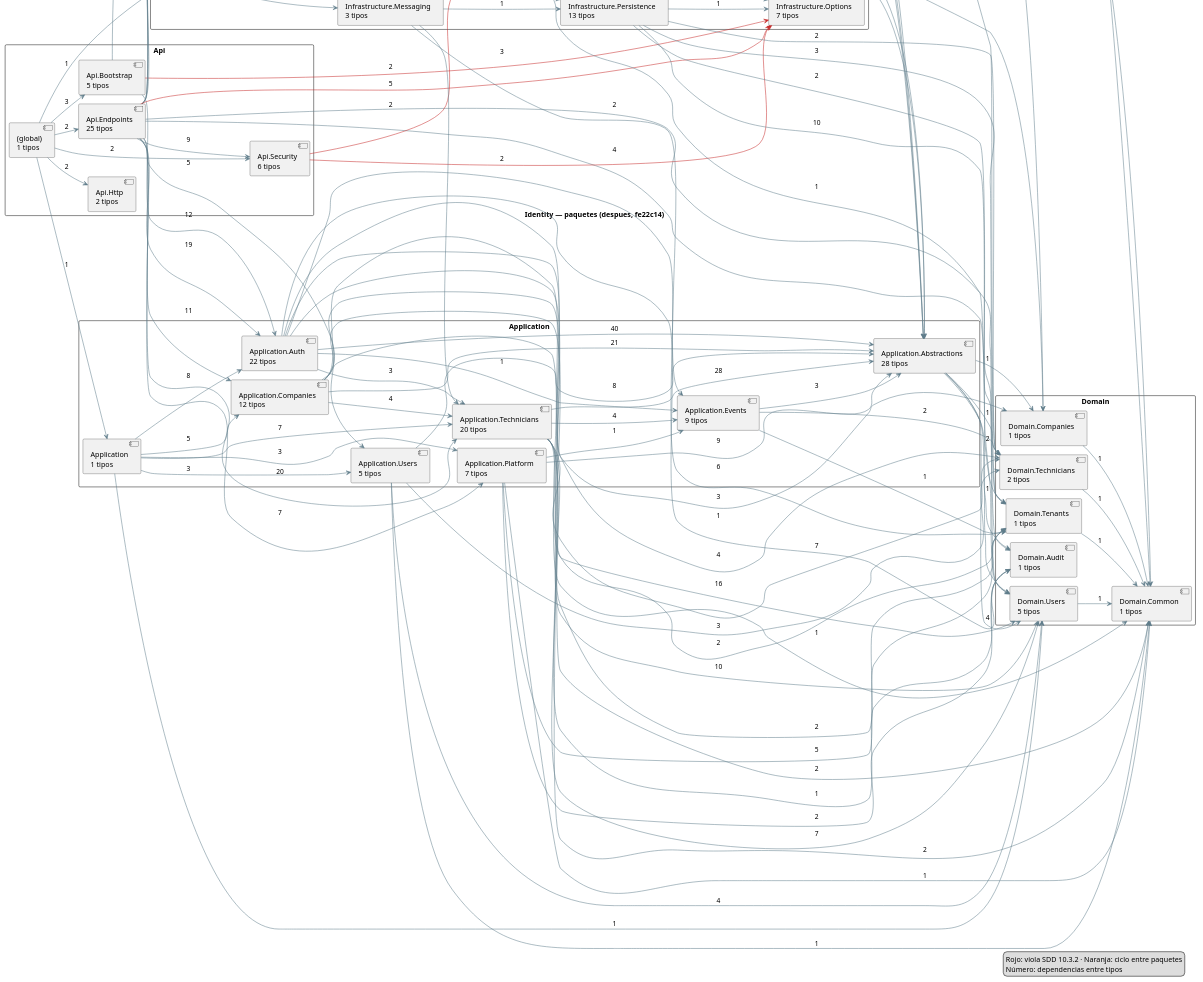
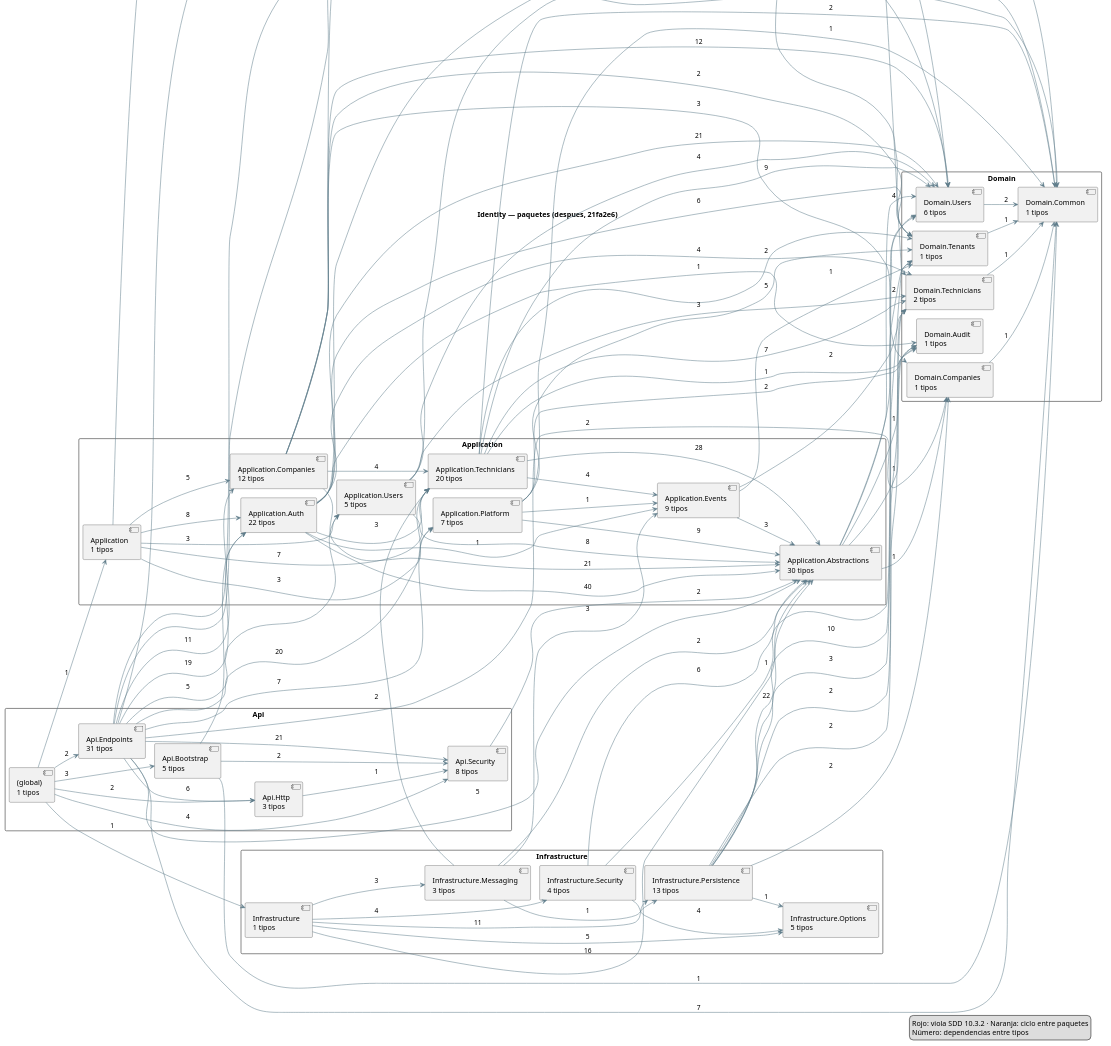
The diagram in docs/architecture/codigo/despues/identity/paquetes.puml (ARQUI-202630/quickpatch), drawn with PlantUML before and after one commit. The commit also changed 24 other files, not shown here.

```diff
--- a/docs/architecture/codigo/despues/identity/paquetes.puml
+++ b/docs/architecture/codigo/despues/identity/paquetes.puml
@@ -1,134 +1,134 @@
 @startuml
 !pragma layout smetana
-title Identity — paquetes (despues, fe22c14)
+title Identity — paquetes (despues, 21fa2e6)
 skinparam packageStyle rectangle
 skinparam shadowing false
 left to right direction
 package "Api" {
   component "(global)\n1 tipos" as _global_
   component "Api.Bootstrap\n5 tipos" as QuickPatch_Identity_Api_Bootstrap
-  component "Api.Endpoints\n25 tipos" as QuickPatch_Identity_Api_Endpoints
-  component "Api.Http\n2 tipos" as QuickPatch_Identity_Api_Http
-  component "Api.Security\n6 tipos" as QuickPatch_Identity_Api_Security
+  component "Api.Endpoints\n31 tipos" as QuickPatch_Identity_Api_Endpoints
+  component "Api.Http\n3 tipos" as QuickPatch_Identity_Api_Http
+  component "Api.Security\n8 tipos" as QuickPatch_Identity_Api_Security
 }
 package "Application" {
   component "Application\n1 tipos" as QuickPatch_Identity_Application
-  component "Application.Abstractions\n28 tipos" as QuickPatch_Identity_Application_Abstractions
+  component "Application.Abstractions\n30 tipos" as QuickPatch_Identity_Application_Abstractions
   component "Application.Auth\n22 tipos" as QuickPatch_Identity_Application_Auth
   component "Application.Companies\n12 tipos" as QuickPatch_Identity_Application_Companies
   component "Application.Events\n9 tipos" as QuickPatch_Identity_Application_Events
   component "Application.Platform\n7 tipos" as QuickPatch_Identity_Application_Platform
   component "Application.Technicians\n20 tipos" as QuickPatch_Identity_Application_Technicians
   component "Application.Users\n5 tipos" as QuickPatch_Identity_Application_Users
 }
 package "Domain" {
   component "Domain.Audit\n1 tipos" as QuickPatch_Identity_Domain_Audit
   component "Domain.Common\n1 tipos" as QuickPatch_Identity_Domain_Common
   component "Domain.Companies\n1 tipos" as QuickPatch_Identity_Domain_Companies
   component "Domain.Technicians\n2 tipos" as QuickPatch_Identity_Domain_Technicians
   component "Domain.Tenants\n1 tipos" as QuickPatch_Identity_Domain_Tenants
-  component "Domain.Users\n5 tipos" as QuickPatch_Identity_Domain_Users
+  component "Domain.Users\n6 tipos" as QuickPatch_Identity_Domain_Users
 }
 package "Infrastructure" {
   component "Infrastructure\n1 tipos" as QuickPatch_Identity_Infrastructure
   component "Infrastructure.Messaging\n3 tipos" as QuickPatch_Identity_Infrastructure_Messaging
-  component "Infrastructure.Options\n7 tipos" as QuickPatch_Identity_Infrastructure_Options
+  component "Infrastructure.Options\n5 tipos" as QuickPatch_Identity_Infrastructure_Options
   component "Infrastructure.Persistence\n13 tipos" as QuickPatch_Identity_Infrastructure_Persistence
   component "Infrastructure.Security\n4 tipos" as QuickPatch_Identity_Infrastructure_Security
 }
 _global_ --> QuickPatch_Identity_Api_Bootstrap #607D8B : 3
 _global_ --> QuickPatch_Identity_Api_Endpoints #607D8B : 2
 _global_ --> QuickPatch_Identity_Api_Http #607D8B : 2
-_global_ --> QuickPatch_Identity_Api_Security #607D8B : 2
+_global_ --> QuickPatch_Identity_Api_Security #607D8B : 4
 _global_ --> QuickPatch_Identity_Application #607D8B : 1
 _global_ --> QuickPatch_Identity_Infrastructure #607D8B : 1
+QuickPatch_Identity_Api_Bootstrap --> QuickPatch_Identity_Api_Security #607D8B : 2
 QuickPatch_Identity_Api_Bootstrap --> QuickPatch_Identity_Application_Auth #607D8B : 12
 QuickPatch_Identity_Api_Bootstrap --> QuickPatch_Identity_Domain_Common #607D8B : 1
-QuickPatch_Identity_Api_Bootstrap --> QuickPatch_Identity_Infrastructure_Options #C62828 : 2
-QuickPatch_Identity_Api_Endpoints --> QuickPatch_Identity_Api_Security #607D8B : 9
+QuickPatch_Identity_Api_Endpoints --> QuickPatch_Identity_Api_Http #607D8B : 6
+QuickPatch_Identity_Api_Endpoints --> QuickPatch_Identity_Api_Security #607D8B : 21
 QuickPatch_Identity_Api_Endpoints --> QuickPatch_Identity_Application_Abstractions #607D8B : 5
 QuickPatch_Identity_Api_Endpoints --> QuickPatch_Identity_Application_Auth #607D8B : 19
 QuickPatch_Identity_Api_Endpoints --> QuickPatch_Identity_Application_Companies #607D8B : 11
 QuickPatch_Identity_Api_Endpoints --> QuickPatch_Identity_Application_Platform #607D8B : 7
 QuickPatch_Identity_Api_Endpoints --> QuickPatch_Identity_Application_Technicians #607D8B : 20
 QuickPatch_Identity_Api_Endpoints --> QuickPatch_Identity_Application_Users #607D8B : 5
-QuickPatch_Identity_Api_Endpoints --> QuickPatch_Identity_Domain_Common #607D8B : 2
+QuickPatch_Identity_Api_Endpoints --> QuickPatch_Identity_Domain_Common #607D8B : 7
 QuickPatch_Identity_Api_Endpoints --> QuickPatch_Identity_Domain_Companies #607D8B : 2
 QuickPatch_Identity_Api_Endpoints --> QuickPatch_Identity_Domain_Technicians #607D8B : 3
 QuickPatch_Identity_Api_Endpoints --> QuickPatch_Identity_Domain_Tenants #607D8B : 2
 QuickPatch_Identity_Api_Endpoints --> QuickPatch_Identity_Domain_Users #607D8B : 4
-QuickPatch_Identity_Api_Endpoints --> QuickPatch_Identity_Infrastructure_Options #C62828 : 5
-QuickPatch_Identity_Api_Security --> QuickPatch_Identity_Infrastructure_Options #C62828 : 2
-QuickPatch_Identity_Api_Security --> QuickPatch_Identity_Infrastructure_Security #C62828 : 2
+QuickPatch_Identity_Api_Http --> QuickPatch_Identity_Api_Security #607D8B : 1
+QuickPatch_Identity_Api_Security --> QuickPatch_Identity_Application_Abstractions #607D8B : 2
 QuickPatch_Identity_Application --> QuickPatch_Identity_Application_Auth #607D8B : 8
 QuickPatch_Identity_Application --> QuickPatch_Identity_Application_Companies #607D8B : 5
 QuickPatch_Identity_Application --> QuickPatch_Identity_Application_Platform #607D8B : 3
 QuickPatch_Identity_Application --> QuickPatch_Identity_Application_Technicians #607D8B : 7
 QuickPatch_Identity_Application --> QuickPatch_Identity_Application_Users #607D8B : 3
 QuickPatch_Identity_Application --> QuickPatch_Identity_Domain_Users #607D8B : 1
 QuickPatch_Identity_Application_Abstractions --> QuickPatch_Identity_Domain_Audit #607D8B : 1
 QuickPatch_Identity_Application_Abstractions --> QuickPatch_Identity_Domain_Companies #607D8B : 1
 QuickPatch_Identity_Application_Abstractions --> QuickPatch_Identity_Domain_Technicians #607D8B : 1
 QuickPatch_Identity_Application_Abstractions --> QuickPatch_Identity_Domain_Tenants #607D8B : 2
 QuickPatch_Identity_Application_Abstractions --> QuickPatch_Identity_Domain_Users #607D8B : 4
 QuickPatch_Identity_Application_Auth --> QuickPatch_Identity_Application_Abstractions #607D8B : 40
 QuickPatch_Identity_Application_Auth --> QuickPatch_Identity_Application_Events #607D8B : 1
 QuickPatch_Identity_Application_Auth --> QuickPatch_Identity_Application_Technicians #607D8B : 3
 QuickPatch_Identity_Application_Auth --> QuickPatch_Identity_Domain_Audit #607D8B : 1
 QuickPatch_Identity_Application_Auth --> QuickPatch_Identity_Domain_Common #607D8B : 1
 QuickPatch_Identity_Application_Auth --> QuickPatch_Identity_Domain_Technicians #607D8B : 4
 QuickPatch_Identity_Application_Auth --> QuickPatch_Identity_Domain_Tenants #607D8B : 6
-QuickPatch_Identity_Application_Auth --> QuickPatch_Identity_Domain_Users #607D8B : 16
+QuickPatch_Identity_Application_Auth --> QuickPatch_Identity_Domain_Users #607D8B : 21
 QuickPatch_Identity_Application_Companies --> QuickPatch_Identity_Application_Abstractions #607D8B : 21
 QuickPatch_Identity_Application_Companies --> QuickPatch_Identity_Application_Technicians #607D8B : 4
 QuickPatch_Identity_Application_Companies --> QuickPatch_Identity_Domain_Common #607D8B : 2
 QuickPatch_Identity_Application_Companies --> QuickPatch_Identity_Domain_Companies #607D8B : 3
 QuickPatch_Identity_Application_Companies --> QuickPatch_Identity_Domain_Tenants #607D8B : 2
-QuickPatch_Identity_Application_Companies --> QuickPatch_Identity_Domain_Users #607D8B : 10
+QuickPatch_Identity_Application_Companies --> QuickPatch_Identity_Domain_Users #607D8B : 12
 QuickPatch_Identity_Application_Events --> QuickPatch_Identity_Application_Abstractions #607D8B : 3
 QuickPatch_Identity_Application_Events --> QuickPatch_Identity_Domain_Technicians #607D8B : 2
 QuickPatch_Identity_Application_Events --> QuickPatch_Identity_Domain_Tenants #607D8B : 1
 QuickPatch_Identity_Application_Platform --> QuickPatch_Identity_Application_Abstractions #607D8B : 9
 QuickPatch_Identity_Application_Platform --> QuickPatch_Identity_Application_Events #607D8B : 1
 QuickPatch_Identity_Application_Platform --> QuickPatch_Identity_Domain_Audit #607D8B : 2
 QuickPatch_Identity_Application_Platform --> QuickPatch_Identity_Domain_Common #607D8B : 1
 QuickPatch_Identity_Application_Platform --> QuickPatch_Identity_Domain_Tenants #607D8B : 5
 QuickPatch_Identity_Application_Technicians --> QuickPatch_Identity_Application_Abstractions #607D8B : 28
 QuickPatch_Identity_Application_Technicians --> QuickPatch_Identity_Application_Events #607D8B : 4
 QuickPatch_Identity_Application_Technicians --> QuickPatch_Identity_Domain_Audit #607D8B : 1
 QuickPatch_Identity_Application_Technicians --> QuickPatch_Identity_Domain_Common #607D8B : 2
 QuickPatch_Identity_Application_Technicians --> QuickPatch_Identity_Domain_Technicians #607D8B : 7
 QuickPatch_Identity_Application_Technicians --> QuickPatch_Identity_Domain_Tenants #607D8B : 2
-QuickPatch_Identity_Application_Technicians --> QuickPatch_Identity_Domain_Users #607D8B : 7
+QuickPatch_Identity_Application_Technicians --> QuickPatch_Identity_Domain_Users #607D8B : 9
 QuickPatch_Identity_Application_Users --> QuickPatch_Identity_Application_Abstractions #607D8B : 8
 QuickPatch_Identity_Application_Users --> QuickPatch_Identity_Domain_Common #607D8B : 1
 QuickPatch_Identity_Application_Users --> QuickPatch_Identity_Domain_Technicians #607D8B : 3
 QuickPatch_Identity_Application_Users --> QuickPatch_Identity_Domain_Users #607D8B : 4
 QuickPatch_Identity_Domain_Companies --> QuickPatch_Identity_Domain_Common #607D8B : 1
 QuickPatch_Identity_Domain_Technicians --> QuickPatch_Identity_Domain_Common #607D8B : 1
 QuickPatch_Identity_Domain_Tenants --> QuickPatch_Identity_Domain_Common #607D8B : 1
-QuickPatch_Identity_Domain_Users --> QuickPatch_Identity_Domain_Common #607D8B : 1
-QuickPatch_Identity_Infrastructure --> QuickPatch_Identity_Application_Abstractions #607D8B : 14
+QuickPatch_Identity_Domain_Users --> QuickPatch_Identity_Domain_Common #607D8B : 2
+QuickPatch_Identity_Infrastructure --> QuickPatch_Identity_Application_Abstractions #607D8B : 16
 QuickPatch_Identity_Infrastructure --> QuickPatch_Identity_Infrastructure_Messaging #607D8B : 3
-QuickPatch_Identity_Infrastructure --> QuickPatch_Identity_Infrastructure_Options #607D8B : 7
+QuickPatch_Identity_Infrastructure --> QuickPatch_Identity_Infrastructure_Options #607D8B : 5
 QuickPatch_Identity_Infrastructure --> QuickPatch_Identity_Infrastructure_Persistence #607D8B : 11
 QuickPatch_Identity_Infrastructure --> QuickPatch_Identity_Infrastructure_Security #607D8B : 4
 QuickPatch_Identity_Infrastructure_Messaging --> QuickPatch_Identity_Application_Abstractions #607D8B : 2
 QuickPatch_Identity_Infrastructure_Messaging --> QuickPatch_Identity_Application_Events #607D8B : 3
 QuickPatch_Identity_Infrastructure_Messaging --> QuickPatch_Identity_Application_Technicians #607D8B : 2
 QuickPatch_Identity_Infrastructure_Messaging --> QuickPatch_Identity_Infrastructure_Persistence #607D8B : 1
 QuickPatch_Identity_Infrastructure_Persistence --> QuickPatch_Identity_Application_Abstractions #607D8B : 22
 QuickPatch_Identity_Infrastructure_Persistence --> QuickPatch_Identity_Domain_Audit #607D8B : 2
 QuickPatch_Identity_Infrastructure_Persistence --> QuickPatch_Identity_Domain_Companies #607D8B : 2
 QuickPatch_Identity_Infrastructure_Persistence --> QuickPatch_Identity_Domain_Technicians #607D8B : 2
 QuickPatch_Identity_Infrastructure_Persistence --> QuickPatch_Identity_Domain_Tenants #607D8B : 3
 QuickPatch_Identity_Infrastructure_Persistence --> QuickPatch_Identity_Domain_Users #607D8B : 10
 QuickPatch_Identity_Infrastructure_Persistence --> QuickPatch_Identity_Infrastructure_Options #607D8B : 1
-QuickPatch_Identity_Infrastructure_Security --> QuickPatch_Identity_Application_Abstractions #607D8B : 4
+QuickPatch_Identity_Infrastructure_Security --> QuickPatch_Identity_Application_Abstractions #607D8B : 6
 QuickPatch_Identity_Infrastructure_Security --> QuickPatch_Identity_Domain_Users #607D8B : 1
 QuickPatch_Identity_Infrastructure_Security --> QuickPatch_Identity_Infrastructure_Options #607D8B : 4
 legend right
 Rojo: viola SDD 10.3.2 · Naranja: ciclo entre paquetes
 Número: dependencias entre tipos
 endlegend
 @enduml
```
